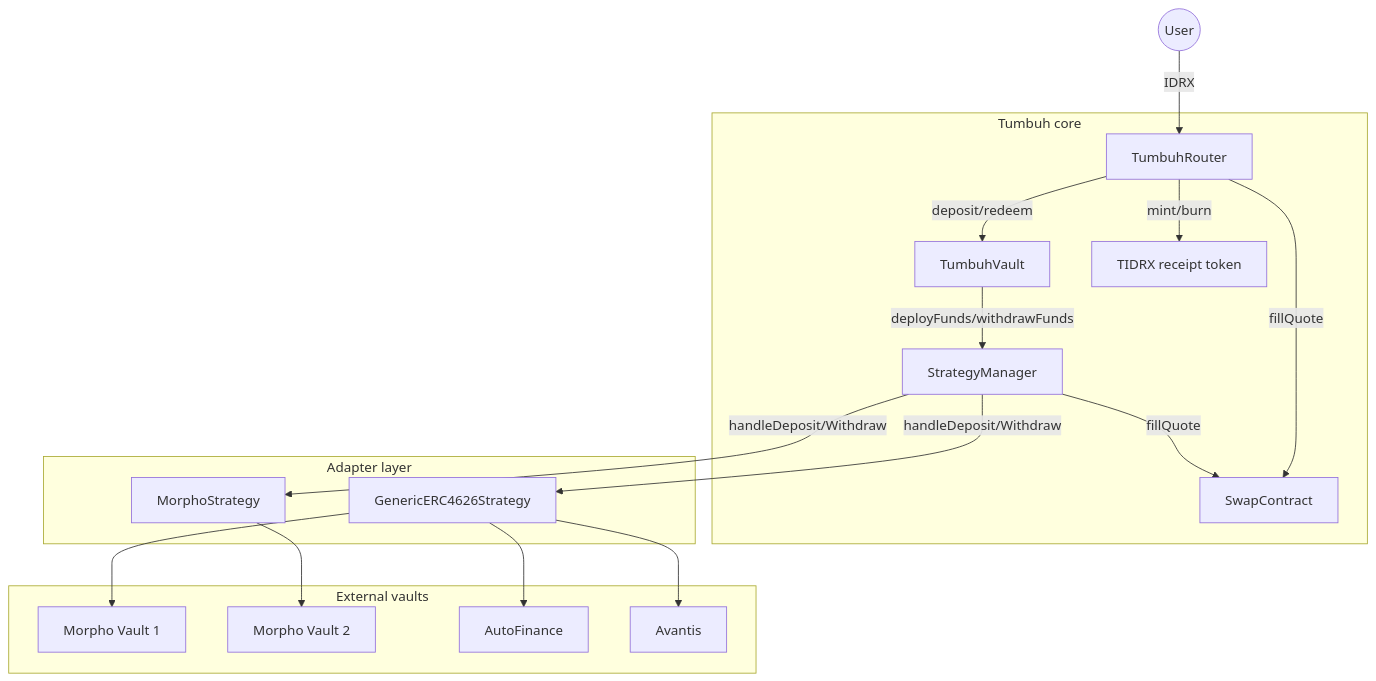
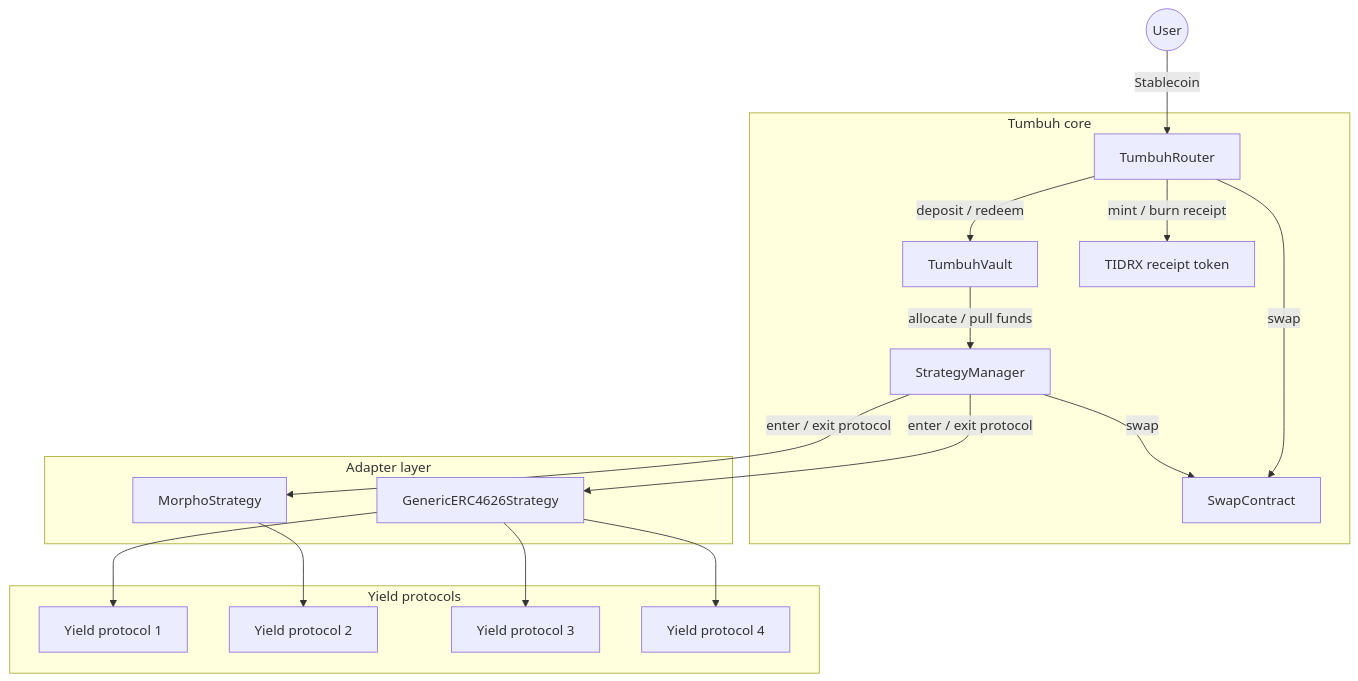
Before and after one commit to tumbuh-fi/docs: the diagram in protocol-architecture/overview.mdx, drawn with Mermaid. The commit also changed other lines of this file and 7 other files, not shown here.

First line of the commit message:
docs: rewrite Tokens, Fees, and Protocol architecture pages

````diff
--- a/protocol-architecture/overview.mdx
+++ b/protocol-architecture/overview.mdx
@@ -14,37 +14,37 @@
 ```mermaid
 flowchart TB
     User((User))
 
     subgraph Core["Tumbuh core"]
         Router[TumbuhRouter]
         Vault[TumbuhVault]
         SM[StrategyManager]
         Swap[SwapContract]
         TIDRX[TIDRX receipt token]
     end
 
     subgraph Adapters["Adapter layer"]
         Generic[GenericERC4626Strategy]
         Morpho[MorphoStrategy]
     end
 
-    subgraph External["External vaults"]
-        MorphoV1[Morpho Vault 1]
-        MorphoV2[Morpho Vault 2]
-        Auto[AutoFinance]
-        Avantis[Avantis]
+    subgraph External["Yield protocols"]
+        P1[Yield protocol 1]
+        P2[Yield protocol 2]
+        P3[Yield protocol 3]
+        P4[Yield protocol 4]
     end
 
-    User -->|IDRX| Router
-    Router -->|deposit/redeem| Vault
-    Router -->|fillQuote| Swap
-    Router -->|mint/burn| TIDRX
-    Vault -->|deployFunds/withdrawFunds| SM
-    SM -->|fillQuote| Swap
-    SM -->|handleDeposit/Withdraw| Generic
-    SM -->|handleDeposit/Withdraw| Morpho
-    Generic --> MorphoV1
-    Generic --> Auto
-    Generic --> Avantis
-    Morpho --> MorphoV2
+    User -->|Stablecoin| Router
+    Router -->|deposit / redeem| Vault
+    Router -->|swap| Swap
+    Router -->|mint / burn receipt| TIDRX
+    Vault -->|allocate / pull funds| SM
+    SM -->|swap| Swap
+    SM -->|enter / exit protocol| Generic
+    SM -->|enter / exit protocol| Morpho
+    Generic --> P1
+    Generic --> P3
+    Generic --> P4
+    Morpho --> P2
 ```
````
